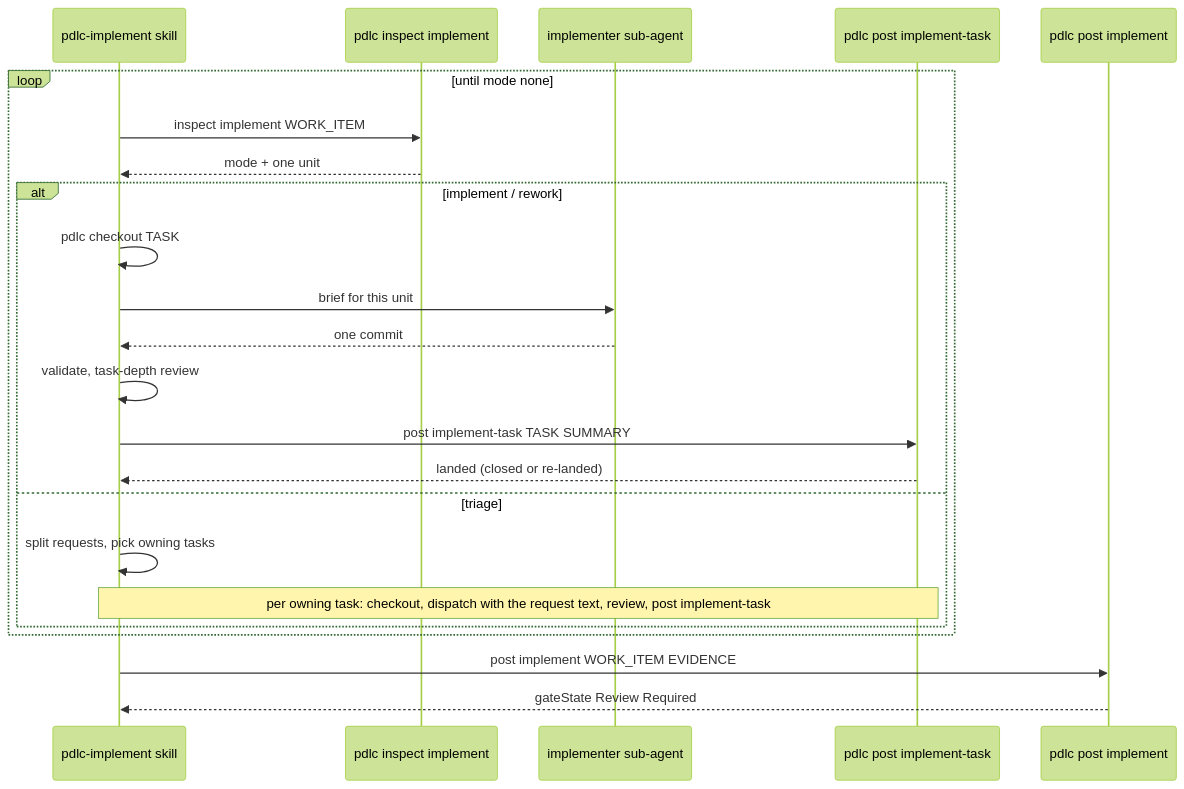
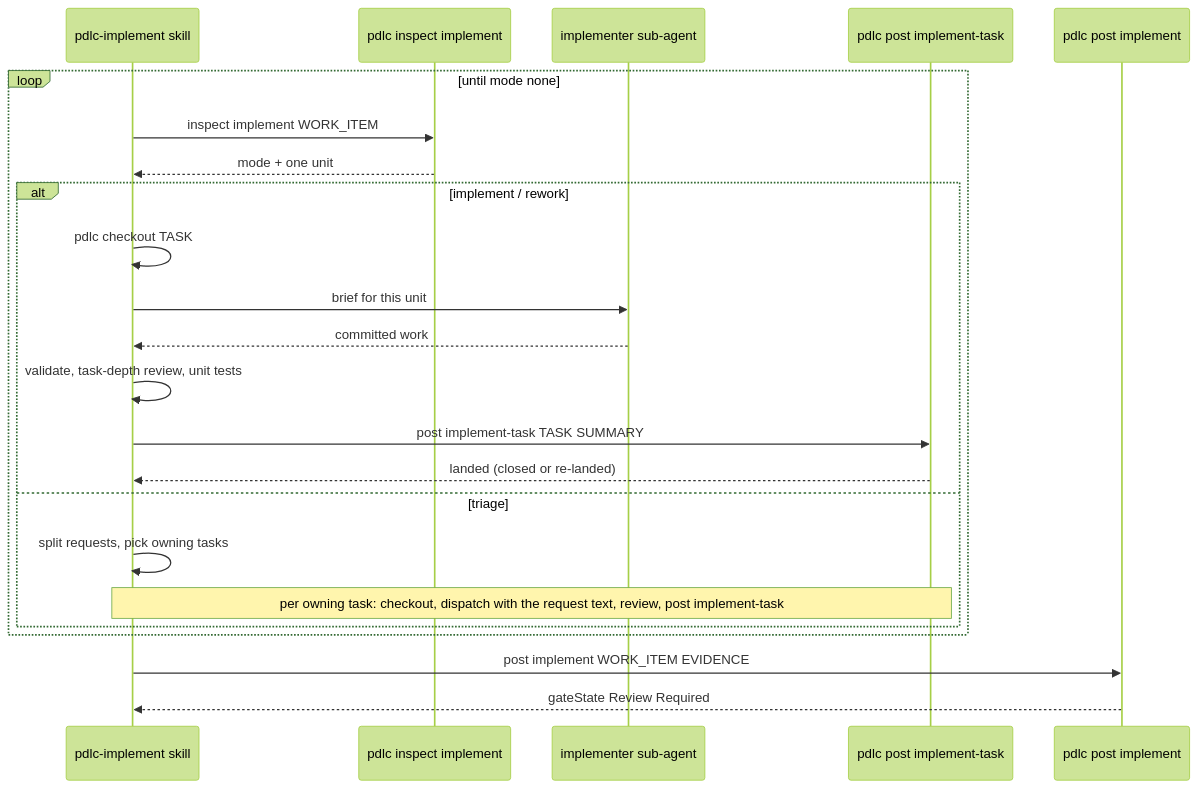
Before and after one commit to wsimf/pdlc: the second of 3 diagrams in docs/implement-modes-plan.md, drawn with Mermaid (forest theme). The commit also changed other lines of this file and 19 other files, not shown here.

````diff
--- a/docs/implement-modes-plan.md
+++ b/docs/implement-modes-plan.md
@@ -83,25 +83,25 @@
 ```mermaid
 sequenceDiagram
     participant S as pdlc-implement skill
     participant I as pdlc inspect implement
     participant W as implementer sub-agent
     participant P as pdlc post implement-task
     participant Q as pdlc post implement
     loop until mode none
         S->>I: inspect implement WORK_ITEM
         I-->>S: mode + one unit
         alt implement / rework
             S->>S: pdlc checkout TASK
             S->>W: brief for this unit
-            W-->>S: one commit
-            S->>S: validate, task-depth review
+            W-->>S: committed work
+            S->>S: validate, task-depth review, unit tests
             S->>P: post implement-task TASK SUMMARY
             P-->>S: landed (closed or re-landed)
         else triage
             S->>S: split requests, pick owning tasks
             Note over S,P: per owning task: checkout, dispatch with the request text, review, post implement-task
         end
     end
     S->>Q: post implement WORK_ITEM EVIDENCE
     Q-->>S: gateState Review Required
 ```
````
